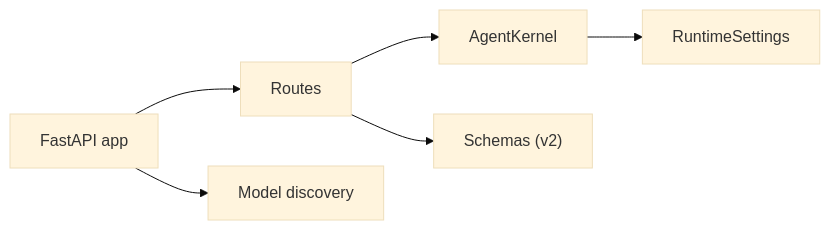
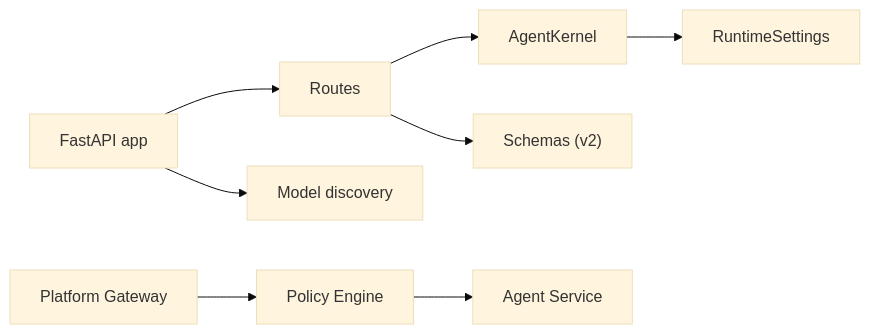
The fourth of 4 diagrams in .qoder/repowiki/en/content/API Reference/Platform Gateway API/Runtime Configuration API.md (metasync/luban-aiops), drawn with Mermaid (base theme) before and after one commit. The commit also changed other lines of this file and 6 other files, not shown here.

````diff
--- a/.qoder/repowiki/en/content/API Reference/Platform Gateway API/Runtime Configuration API.md
+++ b/.qoder/repowiki/en/content/API Reference/Platform Gateway API/Runtime Configuration API.md
@@ -262,8 +345,10 @@
 ```mermaid
 graph LR
 Routes["Routes"] --> Kernel["AgentKernel"]
 Kernel --> Settings["RuntimeSettings"]
 Routes --> Schemas["Schemas (v2)"]
 App["FastAPI app"] --> Routes
 App --> Discovery["Model discovery"]
+Gateway["Platform Gateway"] --> Policy["Policy Engine"]
+Policy --> AgentService["Agent Service"]
 ```
````
